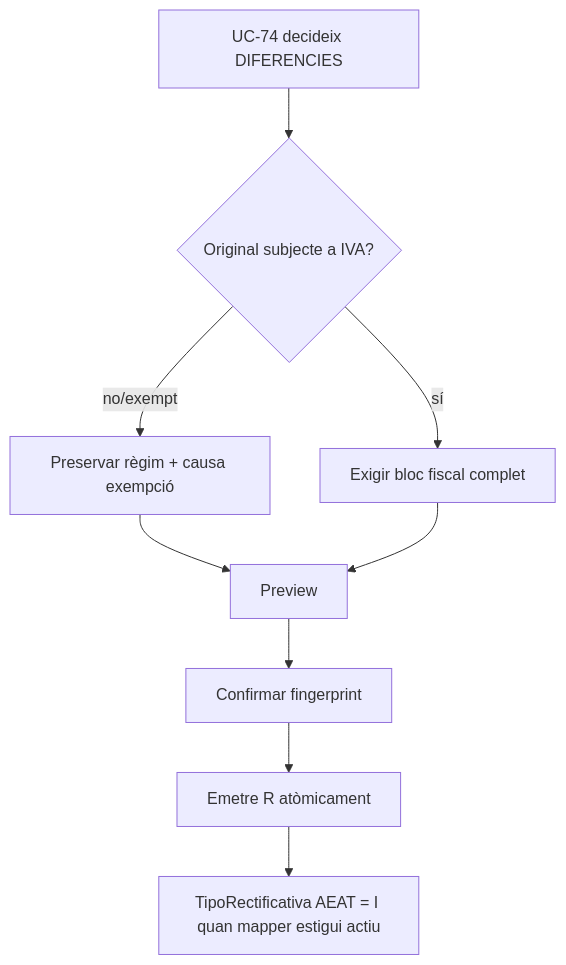
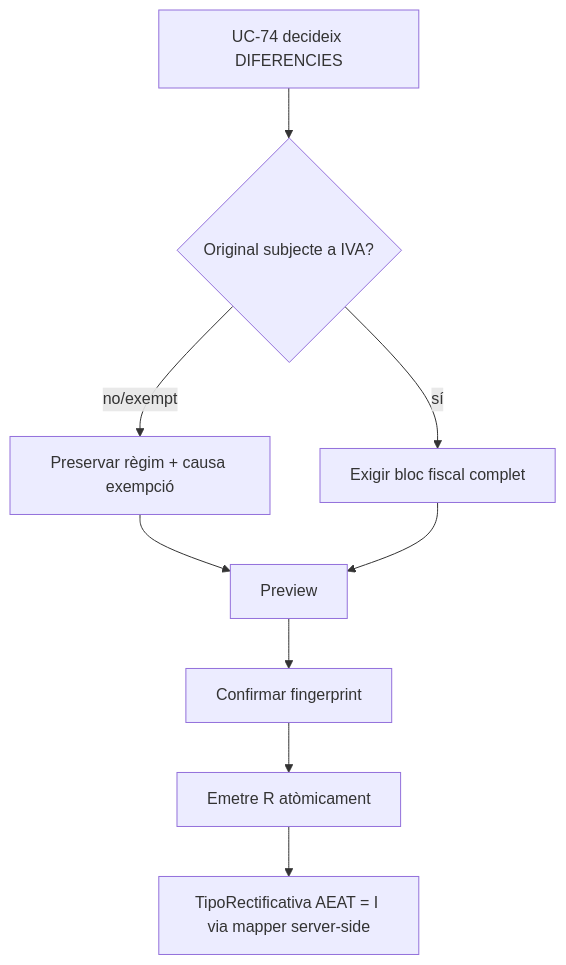
One commit to orgmeriemprismacat-del/verifactu changed the seventh of 13 diagrams in documentacio/07-uml-integrat/uc-005-activitats-pagines-actual-final.md. Above: the diagram before and after it, drawn with Mermaid. The commit also changed other lines of this file, not shown here.

````diff
--- a/documentacio/07-uml-integrat/uc-005-activitats-pagines-actual-final.md
+++ b/documentacio/07-uml-integrat/uc-005-activitats-pagines-actual-final.md
@@ -82,11 +82,11 @@
 ```mermaid
 flowchart TD
 A[UC-74 decideix DIFERENCIES] --> B{Original subjecte a IVA?}
 B -- no/exempt --> C[Preservar règim + causa exempció]
 B -- sí --> D[Exigir bloc fiscal complet]
 C --> E[Preview]
 D --> E
 E --> F[Confirmar fingerprint]
 F --> G[Emetre R atòmicament]
-G --> H[TipoRectificativa AEAT = I quan mapper estigui actiu]
+G --> H[TipoRectificativa AEAT = I via mapper server-side]
 ```
````
